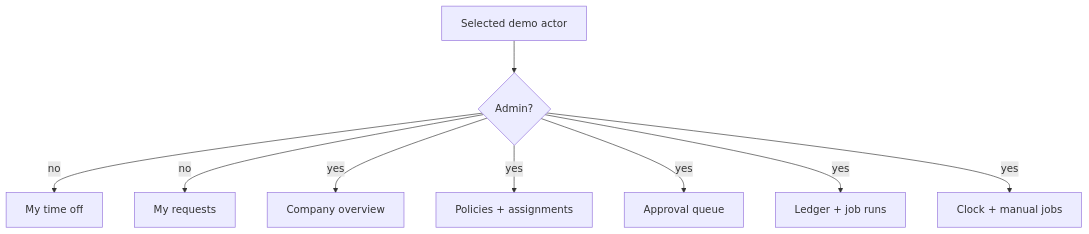
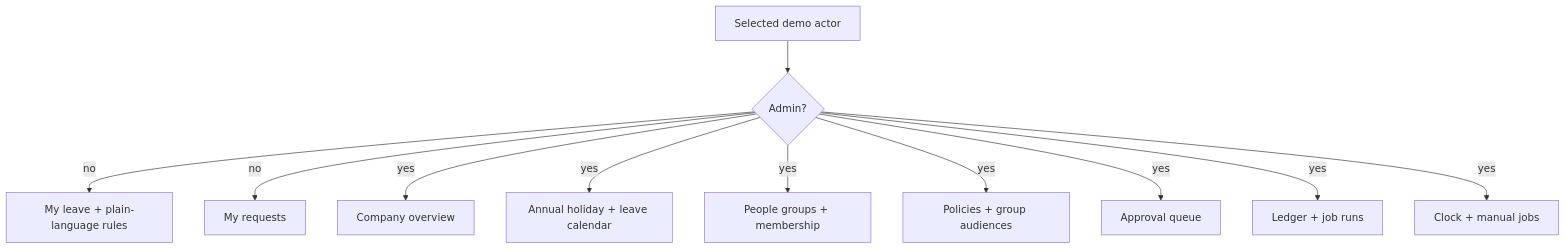
The first of 2 diagrams in frontend/src/DESIGN.md (advaith334/warp-time-off-tracking), drawn with Mermaid before and after one commit. The commit also changed other lines of this file and 26 other files, not shown here.

Commit message:
Add flexible policy groups and calendar UX

````diff
--- a/frontend/src/DESIGN.md
+++ b/frontend/src/DESIGN.md
@@ -7,11 +7,13 @@
 ```mermaid
 flowchart TD
     Actor[Selected demo actor] --> Role{Admin?}
-    Role -- no --> Self[My time off]
+    Role -- no --> Self[My leave + plain-language rules]
     Role -- no --> Requests[My requests]
     Role -- yes --> Overview[Company overview]
-    Role -- yes --> Policies[Policies + assignments]
+    Role -- yes --> Calendar[Annual holiday + leave calendar]
+    Role -- yes --> Groups[People groups + membership]
+    Role -- yes --> Policies[Policies + group audiences]
     Role -- yes --> Approvals[Approval queue]
     Role -- yes --> Audit[Ledger + job runs]
     Role -- yes --> Demo[Clock + manual jobs]
 ```
````
